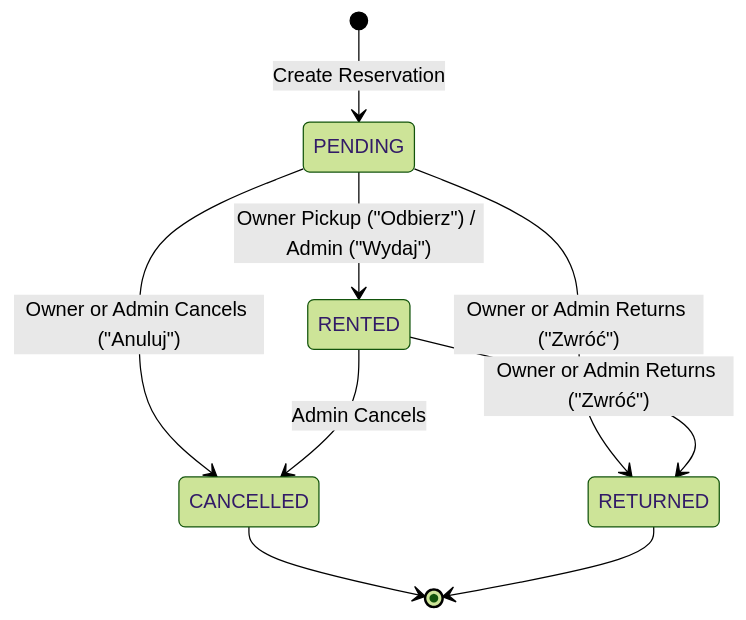
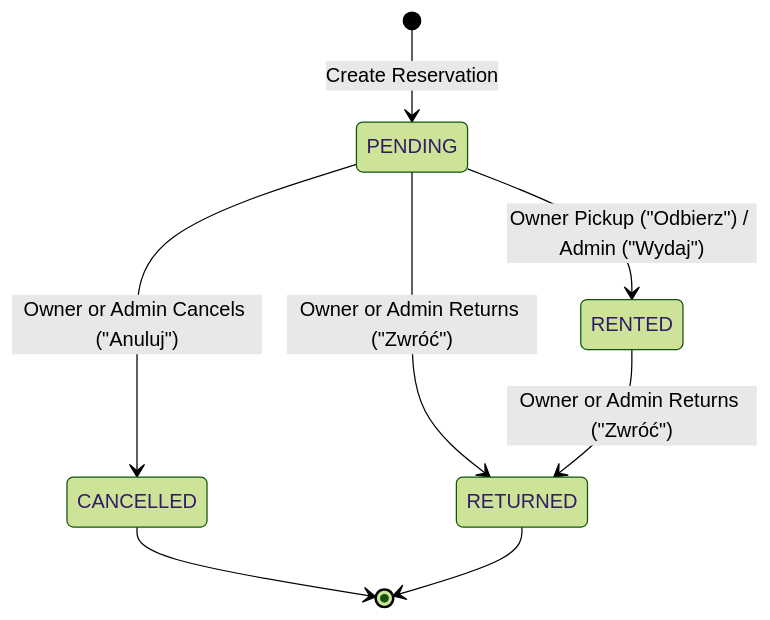
Before and after one commit to AKTK-Bystrze/Magazyn: the second of 3 diagrams in documentation/flows/reservation-flow.md, drawn with Mermaid (forest theme). The commit also changed other lines of this file and 16 other files, not shown here.

````diff
--- a/documentation/flows/reservation-flow.md
+++ b/documentation/flows/reservation-flow.md
@@ -69,14 +69,13 @@
 ```mermaid
 stateDiagram-v2
     [*] --> PENDING: Create Reservation
 
     PENDING --> RENTED: Owner Pickup ("Odbierz") / Admin ("Wydaj")
     PENDING --> CANCELLED: Owner or Admin Cancels ("Anuluj")
     PENDING --> RETURNED: Owner or Admin Returns ("Zwróć")
 
     RENTED --> RETURNED: Owner or Admin Returns ("Zwróć")
-    RENTED --> CANCELLED: Admin Cancels
 
     CANCELLED --> [*]
     RETURNED --> [*]
 ```
````
